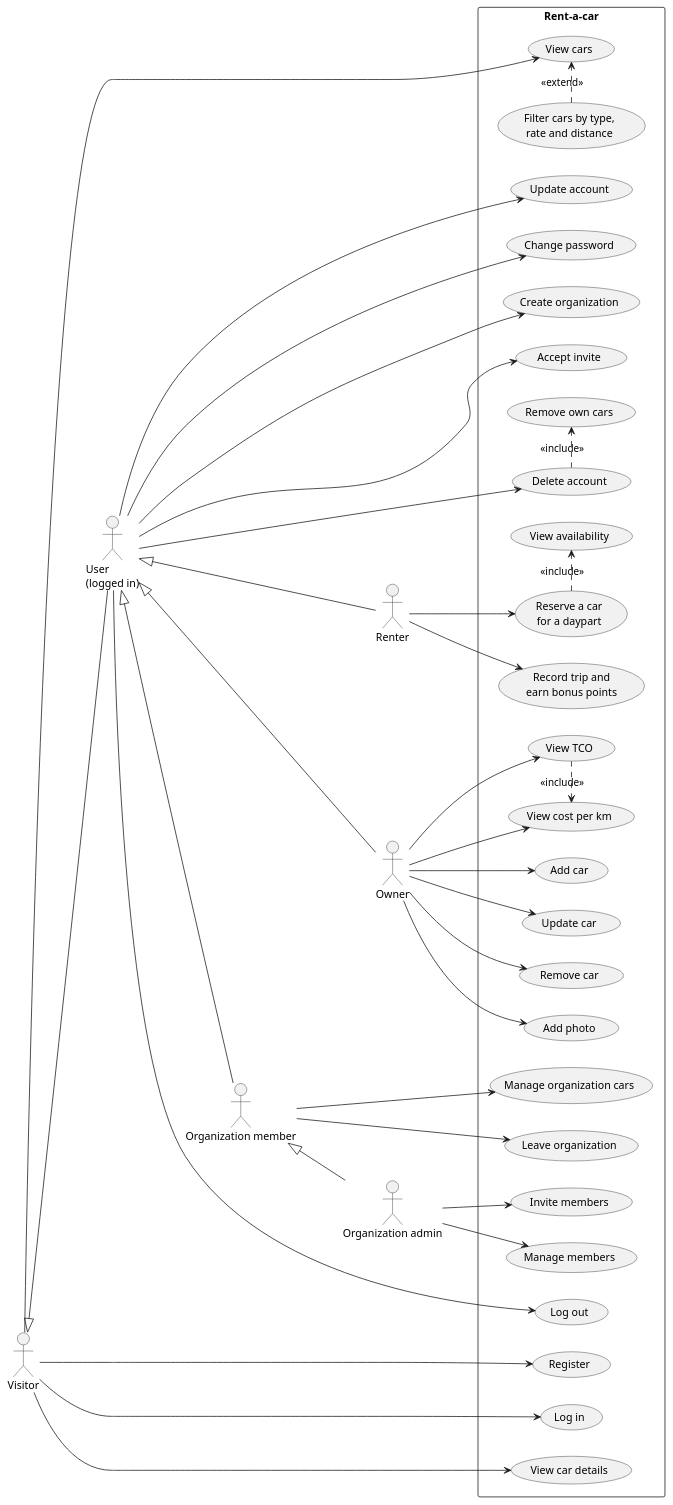
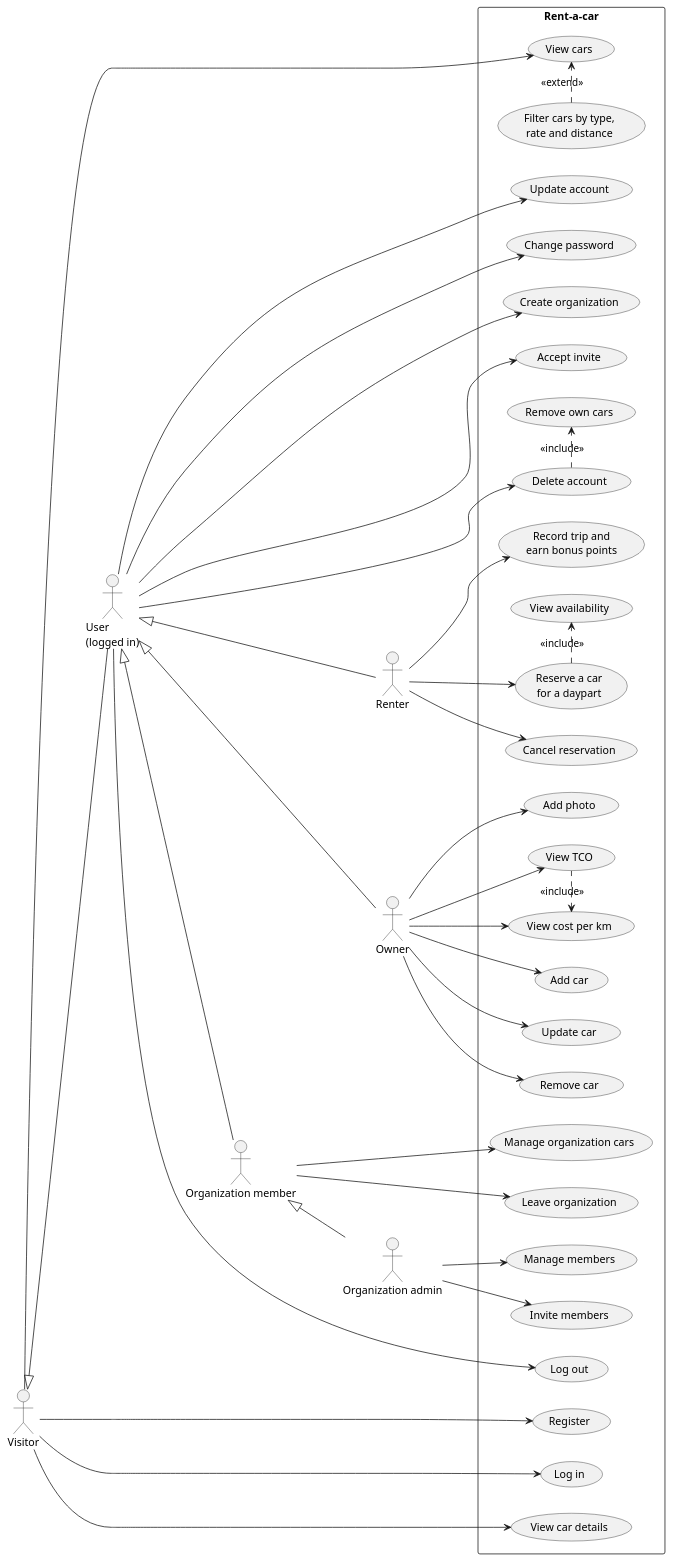
Before and after one commit to Rent-a-car-38291/rent-a-car: the diagram in docs/diagrams/use-cases.puml, drawn with PlantUML. The commit also changed 10 other files, not shown here.

First line of the commit message:
feat: cancel a reservation (#105)

```diff
--- a/docs/diagrams/use-cases.puml
+++ b/docs/diagrams/use-cases.puml
@@ -1,81 +1,83 @@
 @startuml
 ' Use cases from the GitHub issues. Organization use cases are extras.
 left to right direction
 
 actor Visitor
 actor "User\n(logged in)" as User
 actor Renter
 actor Owner
 actor "Organization member" as Member
 actor "Organization admin" as Admin
 
 Visitor <|-- User
 User <|-- Renter
 User <|-- Owner
 User <|-- Member
 Member <|-- Admin
 
 rectangle "Rent-a-car" {
   usecase "Register" as UC_Register
   usecase "Log in" as UC_Login
   usecase "View cars" as UC_ViewCars
   usecase "Filter cars by type,\nrate and distance" as UC_Filter
   usecase "View car details" as UC_Details
 
   usecase "Log out" as UC_Logout
   usecase "Update account" as UC_UpdateAccount
   usecase "Change password" as UC_ChangePassword
   usecase "Delete account" as UC_DeleteAccount
   usecase "Remove own cars" as UC_RemoveOwnCars
   usecase "Create organization" as UC_CreateOrg
 
   usecase "Reserve a car\nfor a daypart" as UC_Reserve
   usecase "View availability" as UC_Availability
+  usecase "Cancel reservation" as UC_Cancel
   usecase "Record trip and\nearn bonus points" as UC_Trip
 
   usecase "Add car" as UC_AddCar
   usecase "Update car" as UC_UpdateCar
   usecase "Remove car" as UC_RemoveCar
   usecase "Add photo" as UC_Photo
   usecase "View cost per km" as UC_CostPerKm
   usecase "View TCO" as UC_Tco
 
   usecase "Accept invite" as UC_Accept
   usecase "Manage organization cars" as UC_OrgCars
   usecase "Leave organization" as UC_Leave
   usecase "Invite members" as UC_Invite
   usecase "Manage members" as UC_Members
 }
 
 Visitor --> UC_Register
 Visitor --> UC_Login
 Visitor --> UC_ViewCars
 Visitor --> UC_Details
 UC_Filter .> UC_ViewCars : <<extend>>
 
 User --> UC_Logout
 User --> UC_UpdateAccount
 User --> UC_ChangePassword
 User --> UC_DeleteAccount
 User --> UC_CreateOrg
 User --> UC_Accept
 UC_DeleteAccount .> UC_RemoveOwnCars : <<include>>
 
 Renter --> UC_Reserve
+Renter --> UC_Cancel
 Renter --> UC_Trip
 UC_Reserve .> UC_Availability : <<include>>
 
 Owner --> UC_AddCar
 Owner --> UC_UpdateCar
 Owner --> UC_RemoveCar
 Owner --> UC_Photo
 Owner --> UC_CostPerKm
 Owner --> UC_Tco
 UC_Tco .> UC_CostPerKm : <<include>>
 
 Member --> UC_OrgCars
 Member --> UC_Leave
 Admin --> UC_Invite
 Admin --> UC_Members
 
 @enduml
```
